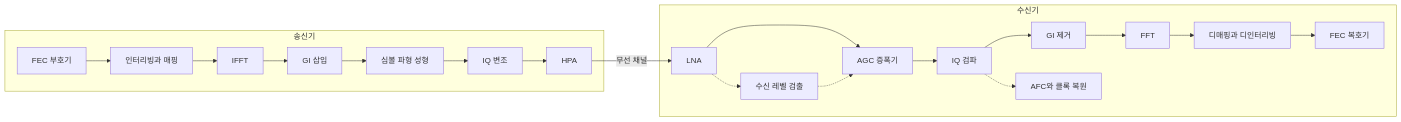
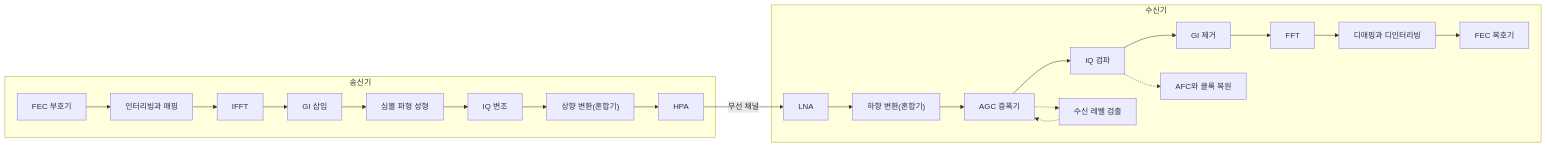
The fourth of 5 diagrams in Lecture-Notes/Week13_Wireless-Communication-DSRC-and-WAVE/Concepts_Lecture.ko.md (Choroning/25Spring_Networking-and-Communication-Systems), drawn with Mermaid before and after one commit. The commit also changed other lines of this file and 55 other files, not shown here.

````diff
--- a/Lecture-Notes/Week13_Wireless-Communication-DSRC-and-WAVE/Concepts_Lecture.ko.md
+++ b/Lecture-Notes/Week13_Wireless-Communication-DSRC-and-WAVE/Concepts_Lecture.ko.md
@@ -1117,12 +1137,12 @@
 ```mermaid
 flowchart LR
     subgraph TX["송신기"]
-        A1["FEC 부호기"] --> A2["인터리빙과 매핑"] --> A3["IFFT"] --> A4["GI 삽입"] --> A5["심볼 파형 성형"] --> A6["IQ 변조"] --> A7["HPA"]
+        A1["FEC 부호기"] --> A2["인터리빙과 매핑"] --> A3["IFFT"] --> A4["GI 삽입"] --> A5["심볼 파형 성형"] --> A6["IQ 변조"] --> A8["상향 변환(혼합기)"] --> A7["HPA"]
     end
     subgraph RX["수신기"]
-        B1["LNA"] --> B2["AGC 증폭기"] --> B3["IQ 검파"] --> B4["GI 제거"] --> B5["FFT"] --> B6["디매핑과 디인터리빙"] --> B7["FEC 복호기"]
-        B1 -.-> C1["수신 레벨 검출"] -.-> B2
+        B1["LNA"] --> B8["하향 변환(혼합기)"] --> B2["AGC 증폭기"] --> B3["IQ 검파"] --> B4["GI 제거"] --> B5["FFT"] --> B6["디매핑과 디인터리빙"] --> B7["FEC 복호기"]
+        B2 -.-> C1["수신 레벨 검출"] -.-> B2
         B3 -.-> C2["AFC와 클록 복원"]
     end
     A7 -- "무선 채널" --> B1
 ```
````
